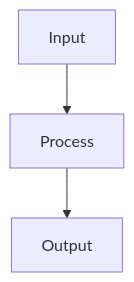
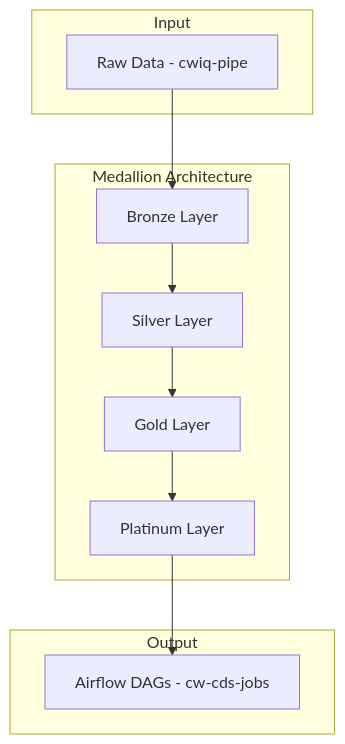
Before and after one commit to ThanuMahee12/AgentContext: the first of 2 diagrams in docs/ideas/alchmy-db.md, drawn with Mermaid. The commit also changed other lines of this file and 1 other file, not shown here.

````diff
--- a/docs/ideas/alchmy-db.md
+++ b/docs/ideas/alchmy-db.md
@@ -15,5 +11,23 @@
 ```mermaid
 graph TD
-    A[Input] --> B[Process]
-    B --> C[Output]
+    subgraph Input
+        RAW[Raw Data - cwiq-pipe]
+    end
+
+    subgraph Medallion Architecture
+        B[Bronze Layer]
+        S[Silver Layer]
+        G[Gold Layer]
+        P[Platinum Layer]
+    end
+
+    subgraph Output
+        AIR[Airflow DAGs - cw-cds-jobs]
+    end
+
+    RAW --> B
+    B --> S
+    S --> G
+    G --> P
+    P --> AIR
 ```
````
